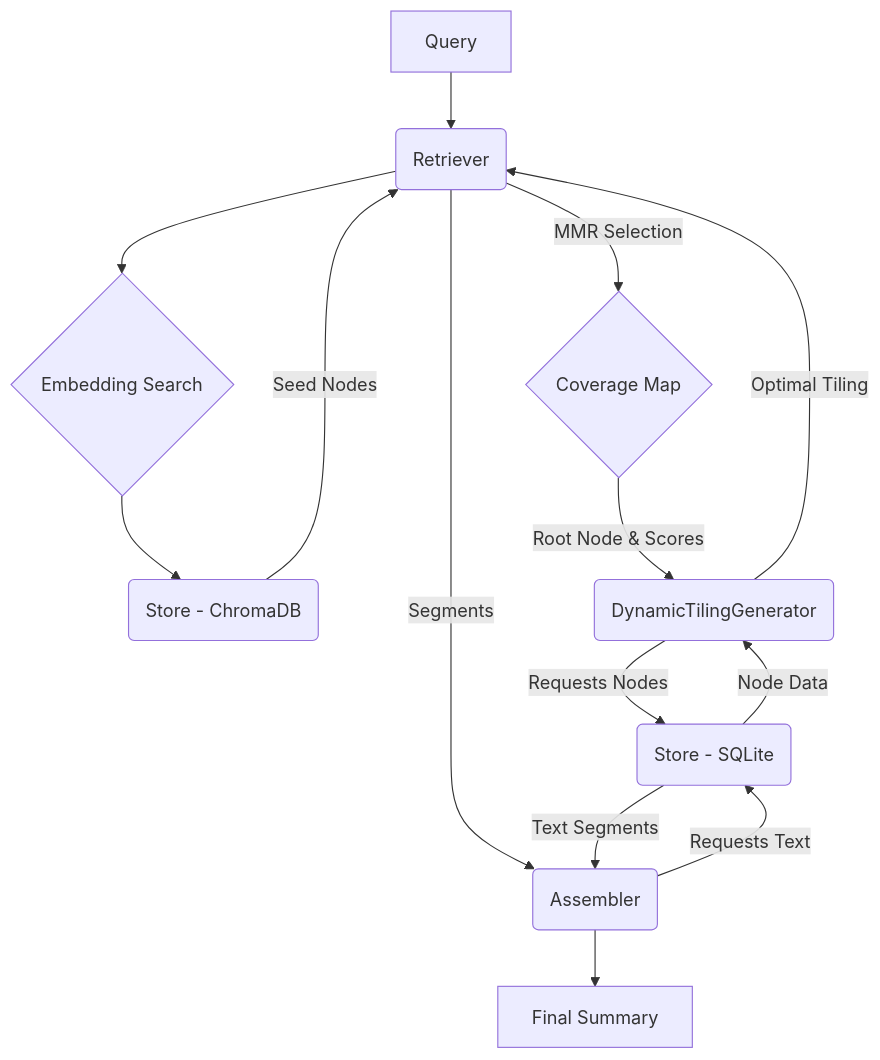
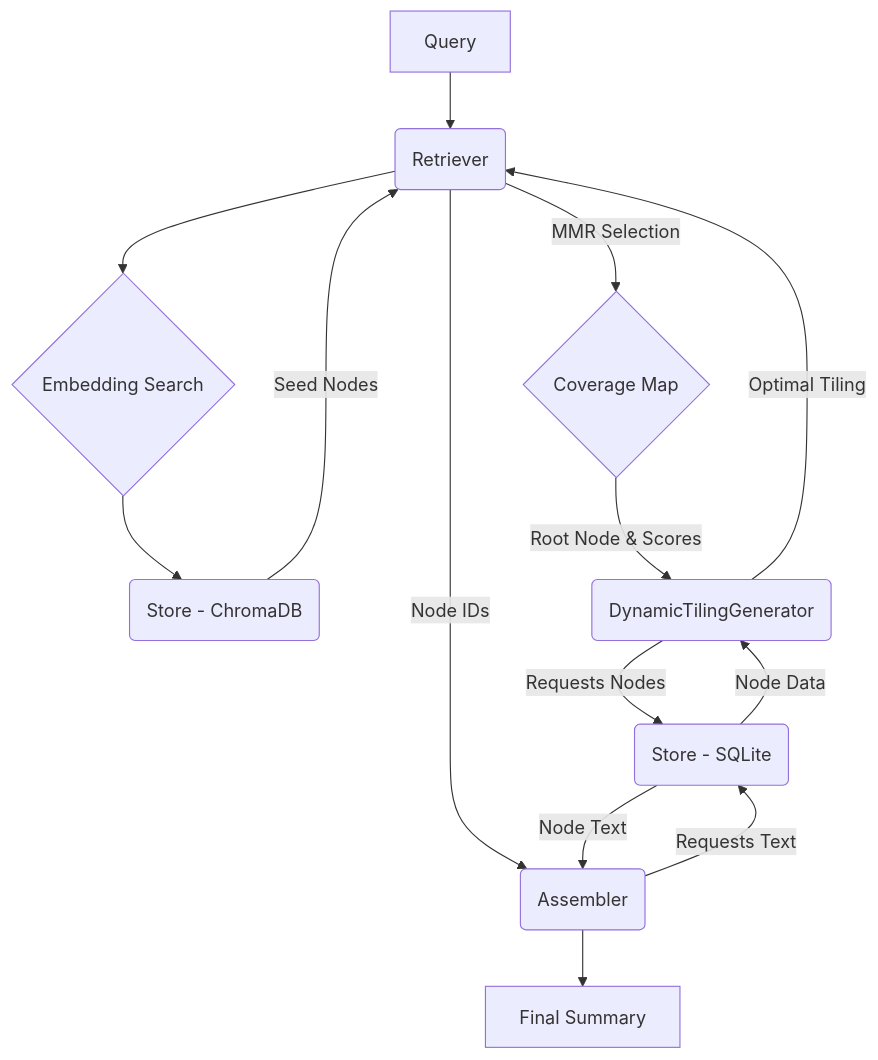
The second of 2 diagrams in docs/architecture.md (eumemic/dynamic-summary), drawn with Mermaid before and after one commit. The commit also changed other lines of this file and 3 other files, not shown here.

````diff
--- a/docs/architecture.md
+++ b/docs/architecture.md
@@ -71,16 +69,16 @@
 ```mermaid
 graph TD;
     A[Query] --> B(Retriever);
     B --> C{Embedding Search};
     C --> D(Store - ChromaDB);
     D -- Seed Nodes --> B;
     B -- MMR Selection --> B2{Coverage Map};
     B2 -- Root Node & Scores --> E(DynamicTilingGenerator);
     E -- Requests Nodes --> F(Store - SQLite);
     F -- Node Data --> E;
     E -- Optimal Tiling --> B;
-    B -- Segments --> G(Assembler);
+    B -- Node IDs --> G(Assembler);
     G -- Requests Text --> F;
-    F -- Text Segments --> G;
+    F -- Node Text --> G;
     G --> H[Final Summary];
 ```
````
